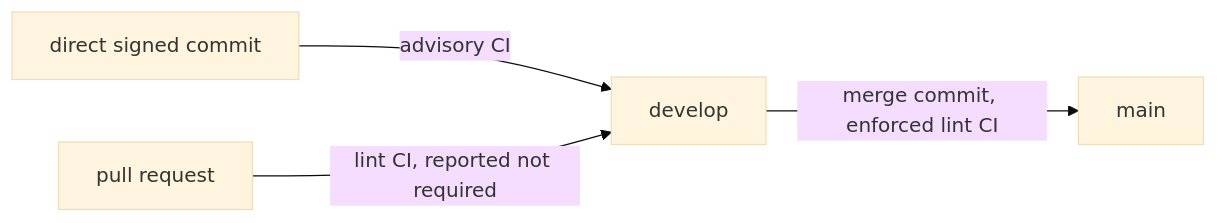
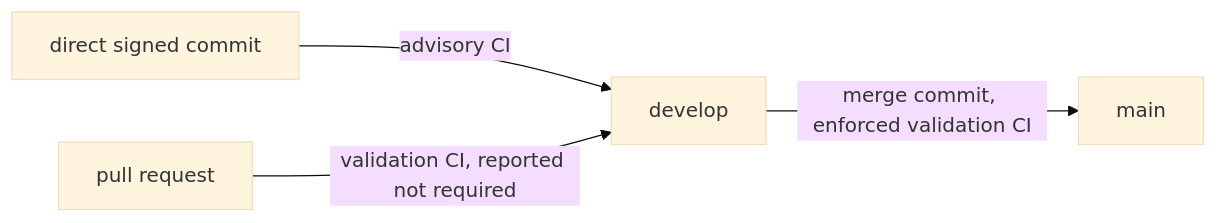
The second of 5 diagrams in WORKFLOW.md (ptr727/ProjectTemplate), drawn with Mermaid (base theme) before and after one commit. The commit also changed other lines of this file and 2 other files, not shown here.

Commit message:
Check Reusable-Workflow Calls Against the Pinned Callee's Inputs
Add a workflow-inputs check to the repo gate. For each job-level call of a
reusable workflow under the scanned repository's owner, it reads the callee
at the caller's own pin and fails a `with:` key the callee does not declare,
and a required input with no default that the caller omits. A callee GitHub
does not answer for is counted in a note rather than failed.

Correct WORKFLOW.md where it says an operational repo runs no unit tests. It
runs none unless it carries a C# or Python test suite, and then that type's
guarantees apply, D1.6 included.

````diff
--- a/WORKFLOW.md
+++ b/WORKFLOW.md
@@ -45,6 +45,6 @@
 ```mermaid
 flowchart LR
   edit[direct signed commit] -->|advisory CI| develop
-  pr[pull request] -->|lint CI, reported not required| develop
-  develop -->|merge commit, enforced lint CI| main
+  pr[pull request] -->|validation CI, reported not required| develop
+  develop -->|merge commit, enforced validation CI| main
 ```
````
